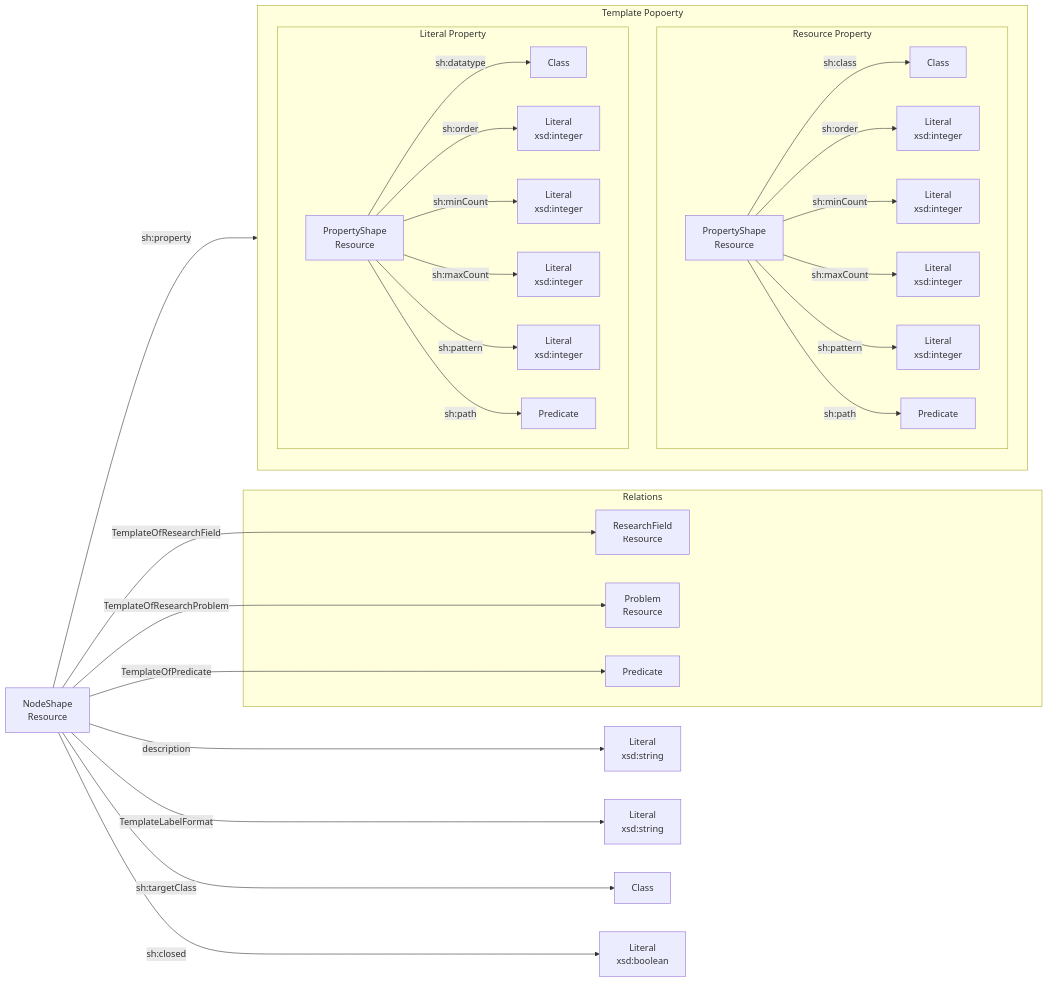
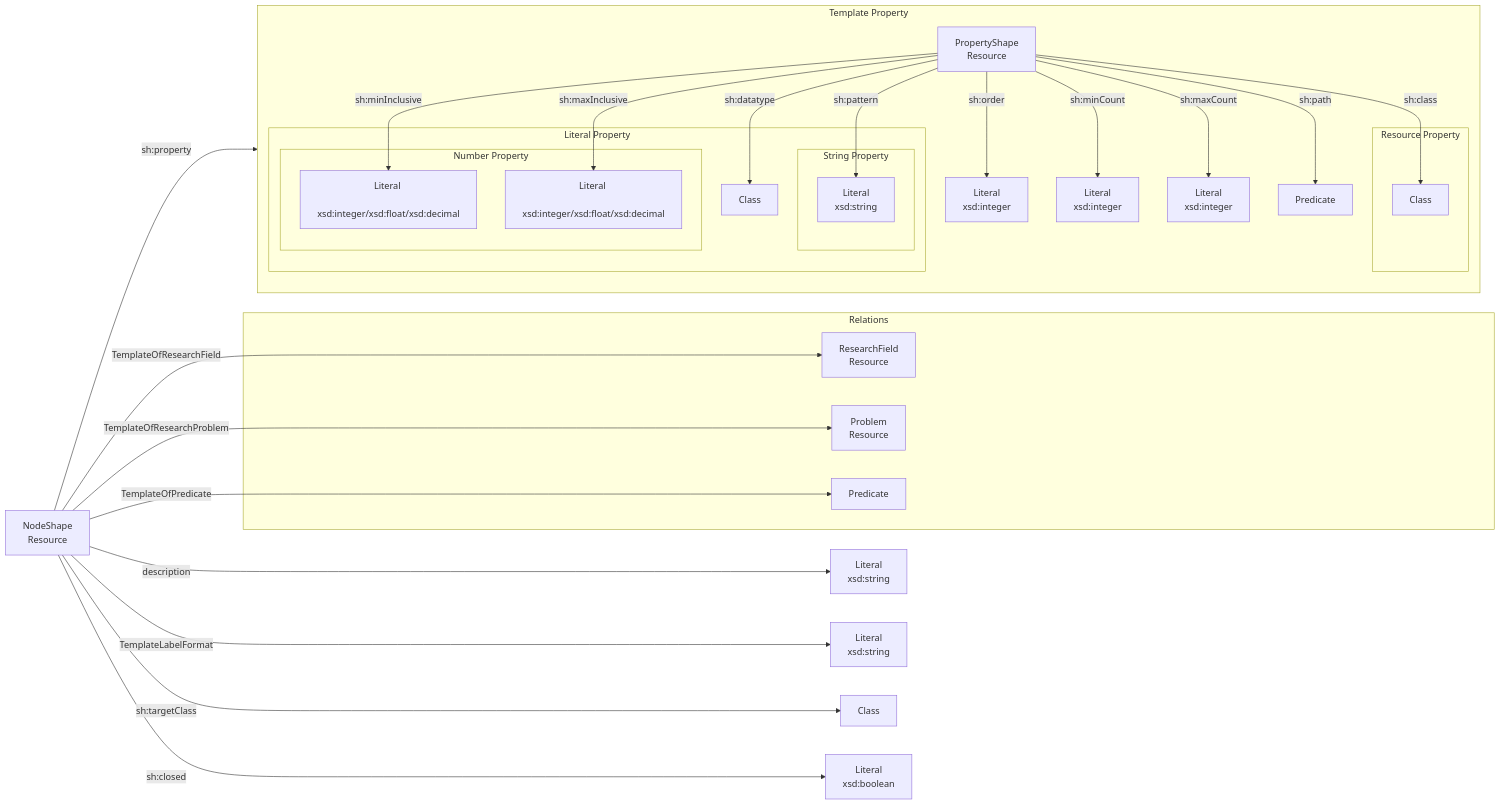
One commit to TIBHannover/orkg-backend changed the diagram in docs/modules/ROOT/pages/reference/model/template.adoc. Above: the diagram before and after it, drawn with Mermaid. The commit also changed 54 other files, not shown here.

Commit message:
Align template property model with front-end (!874)

```diff
--- a/docs/modules/ROOT/pages/reference/model/template.adoc
+++ b/docs/modules/ROOT/pages/reference/model/template.adoc
@@ -3,35 +3,41 @@
 [mermaid,width=100%]
 ----
 flowchart LR
     Template[NodeShape \n Resource] --> |"description"| description[Literal \n xsd:string]
     Template --> |"TemplateLabelFormat"| formattedLabel[Literal \n xsd:string]
 	Template --> |"sh:targetClass"| targetClass[Class]
 	Template --> |"TemplateOfResearchField"| researchField[ResearchField \n Resource]
 	Template --> |"TemplateOfResearchProblem"| problem[Problem \n Resource]
 	Template --> |"TemplateOfPredicate"| predicate[Predicate]
 	subgraph Relations
 		researchField
 		problem
 		predicate
 	end
-	Template --> |"sh:property"| TemplatePopoerty
-	subgraph TemplatePopoerty[Template Popoerty]
+	Template --> |"sh:property"| TemplateProperty
+	subgraph TemplateProperty[Template Property]
+        Property[PropertyShape \n Resource] --> |"sh:order"| order[Literal \n xsd:integer]
+        Property --> |"sh:minCount"| minCount[Literal \n xsd:integer]
+        Property --> |"sh:maxCount"| maxCount[Literal \n xsd:integer]
+        Property --> |"sh:path"| path[Predicate]
+        Property --> |"sh:class"| klass
+        Property --> |"sh:pattern"| pattern
+        Property --> |"sh:datatype"| datatype
+        Property --> |"sh:minInclusive"| minInclusive
+        Property --> |"sh:maxInclusive"| maxInclusive
 		subgraph Resource Property
-			ResourceProperty[PropertyShape \n Resource] --> |"sh:class"| klass[Class]
-			ResourceProperty --> |"sh:order"| order[Literal \n xsd:integer]
-			ResourceProperty --> |"sh:minCount"| minCount[Literal \n xsd:integer]
-			ResourceProperty --> |"sh:maxCount"| maxCount[Literal \n xsd:integer]
-			ResourceProperty --> |"sh:pattern"| pattern[Literal \n xsd:integer]
-			ResourceProperty --> |"sh:path"| path[Predicate]
+            klass[Class]
 		end
 		subgraph Literal Property
-			LiteralProperty[PropertyShape \n Resource] --> |"sh:datatype"| datatype[Class]
-			LiteralProperty --> |"sh:order"| literalOrder[Literal \n xsd:integer]
-			LiteralProperty --> |"sh:minCount"| literalMinCount[Literal \n xsd:integer]
-			LiteralProperty --> |"sh:maxCount"| literalMaxCount[Literal \n xsd:integer]
-			LiteralProperty --> |"sh:pattern"| literalPattern[Literal \n xsd:integer]
-			LiteralProperty --> |"sh:path"| literalPath[Predicate]
+            datatype[Class]
+            subgraph String Property
+			    pattern[Literal \n xsd:string]
+            end
+            subgraph Number Property
+			    minInclusive[Literal \n xsd:integer/xsd:float/xsd:decimal]
+			    maxInclusive[Literal \n xsd:integer/xsd:float/xsd:decimal]
+            end
 		end
 	end
 	Template --> |"sh:closed"| closed[Literal \n xsd:boolean]
 ----
```
